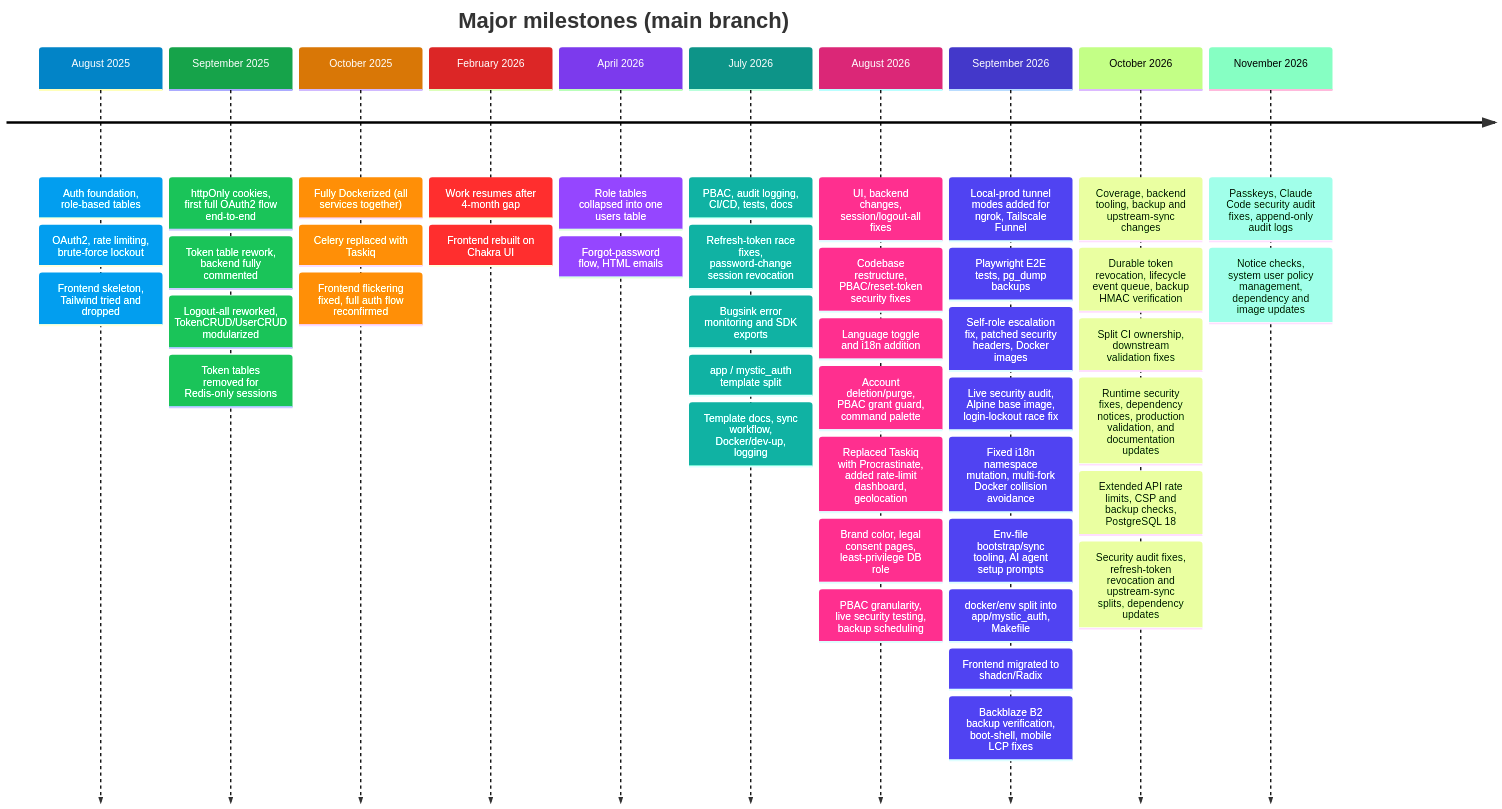
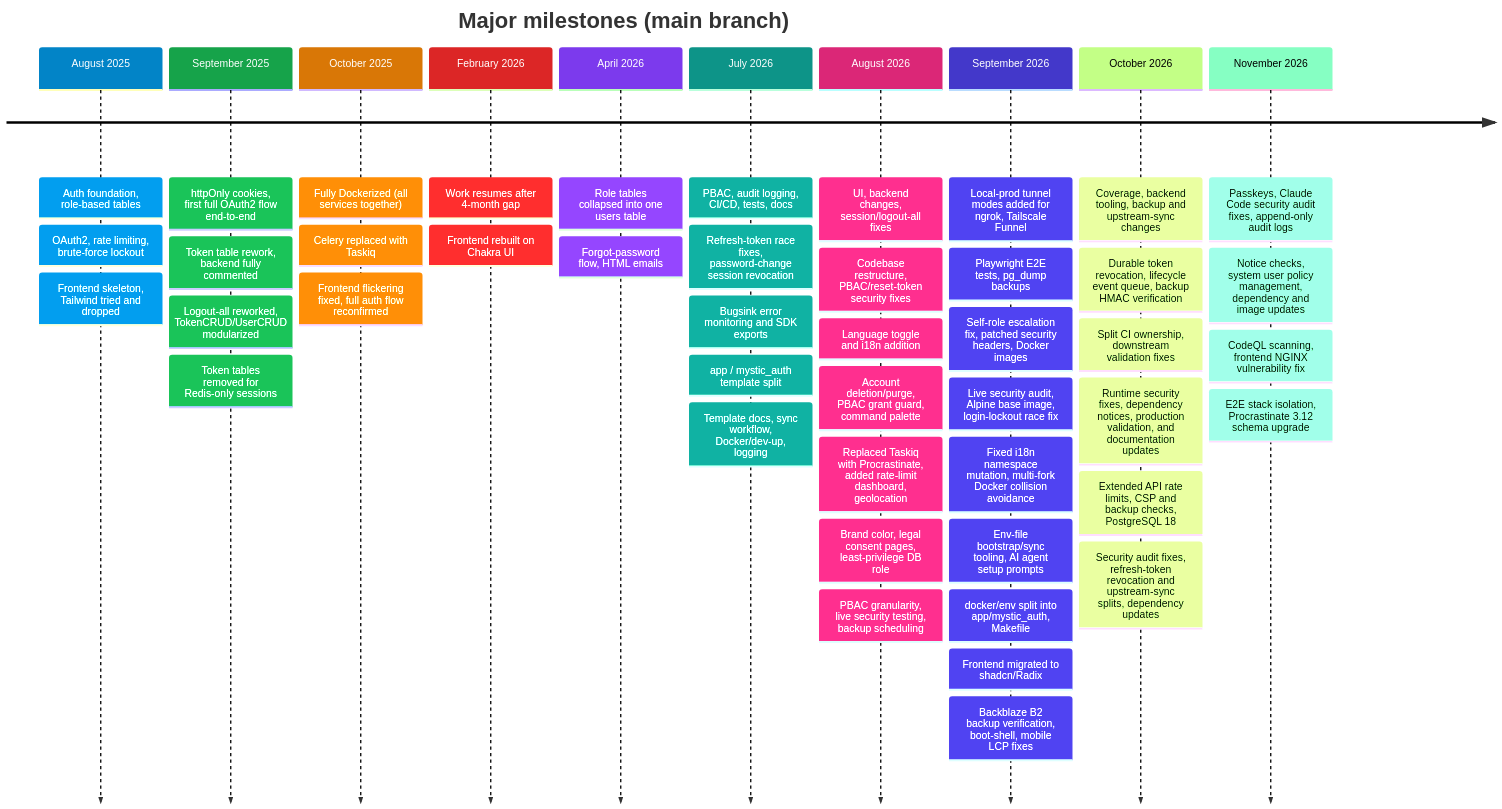
Before and after one commit to Nachiket-2024/mystic-auth-docs: the diagram in docs/mystic_auth/project-story/timeline/README.md, drawn with Mermaid. The commit also changed other lines of this file and 51 other files, not shown here.

````diff
--- a/docs/mystic_auth/project-story/timeline/README.md
+++ b/docs/mystic_auth/project-story/timeline/README.md
@@ -38,48 +38,50 @@
 ```mermaid
 %%{init: {"themeVariables":{"fontSize":"16px","lineColor":"#334155","cScale0":"#0284c7","cScale1":"#16a34a","cScale2":"#d97706","cScale3":"#dc2626","cScale4":"#7c3aed","cScale5":"#0d9488","cScale6":"#db2777","cScale7":"#4338ca","cScaleLabel0":"#ffffff","cScaleLabel1":"#ffffff","cScaleLabel2":"#ffffff","cScaleLabel3":"#ffffff","cScaleLabel4":"#ffffff","cScaleLabel5":"#ffffff","cScaleLabel6":"#ffffff","cScaleLabel7":"#ffffff"}} }%%
 timeline
     title Major milestones (main branch)
     August 2025: Auth foundation, role-based tables
                 : OAuth2, rate limiting, brute-force lockout
                 : Frontend skeleton, Tailwind tried and dropped
     September 2025: httpOnly cookies, first full OAuth2 flow end-to-end
                    : Token table rework, backend fully commented
                    : Logout-all reworked, TokenCRUD/UserCRUD modularized
                    : Token tables removed for Redis-only sessions
     October 2025: Fully Dockerized (all services together)
                  : Celery replaced with Taskiq
                  : Frontend flickering fixed, full auth flow reconfirmed
     February 2026: Work resumes after 4-month gap
                   : Frontend rebuilt on Chakra UI
     April 2026: Role tables collapsed into one users table
                : Forgot-password flow, HTML emails
     July 2026: PBAC, audit logging, CI/CD, tests, docs
               : Refresh-token race fixes, password-change session revocation
               : Bugsink error monitoring and SDK exports
               : app / mystic_auth template split
               : Template docs, sync workflow, Docker/dev-up, logging
     August 2026: UI, backend changes, session/logout-all fixes
                 : Codebase restructure, PBAC/reset-token security fixes
                 : Language toggle and i18n addition
                 : Account deletion/purge, PBAC grant guard, command palette
                 : Replaced Taskiq with Procrastinate, added rate-limit dashboard, geolocation
                 : Brand color, legal consent pages, least-privilege DB role
                 : PBAC granularity, live security testing, backup scheduling
     September 2026: Local-prod tunnel modes added for ngrok, Tailscale Funnel
                    : Playwright E2E tests, pg_dump backups
                    : Self-role escalation fix, patched security headers, Docker images
                    : Live security audit, Alpine base image, login-lockout race fix
                    : Fixed i18n namespace mutation, multi-fork Docker collision avoidance
                    : Env-file bootstrap/sync tooling, AI agent setup prompts
                    : docker/env split into app/mystic_auth, Makefile
                    : Frontend migrated to shadcn/Radix
                    : Backblaze B2 backup verification, boot-shell, mobile LCP fixes
     October 2026: Coverage, backend tooling, backup and upstream-sync changes
                   : Durable token revocation, lifecycle event queue, backup HMAC verification
                   : Split CI ownership, downstream validation fixes
                   : Runtime security fixes, dependency notices, production validation, and documentation updates
                   : Extended API rate limits, CSP and backup checks, PostgreSQL 18
                   : Security audit fixes, refresh-token revocation and upstream-sync splits, dependency updates
     November 2026: Passkeys, Claude Code security audit fixes, append-only audit logs
                  : Notice checks, system user policy management, dependency and image updates
+                 : CodeQL scanning, frontend NGINX vulnerability fix
+                 : E2E stack isolation, Procrastinate 3.12 schema upgrade
 ```
````
